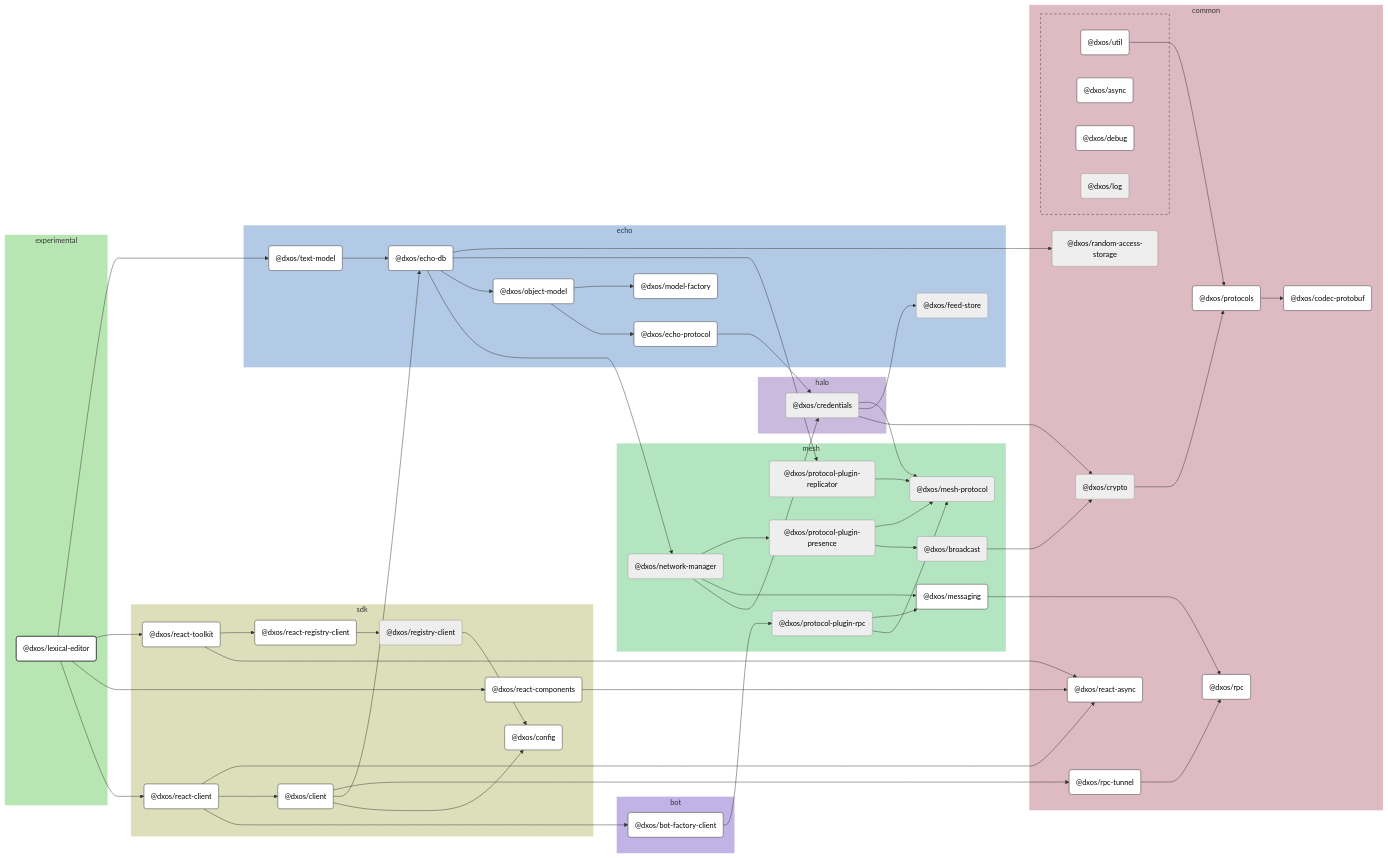
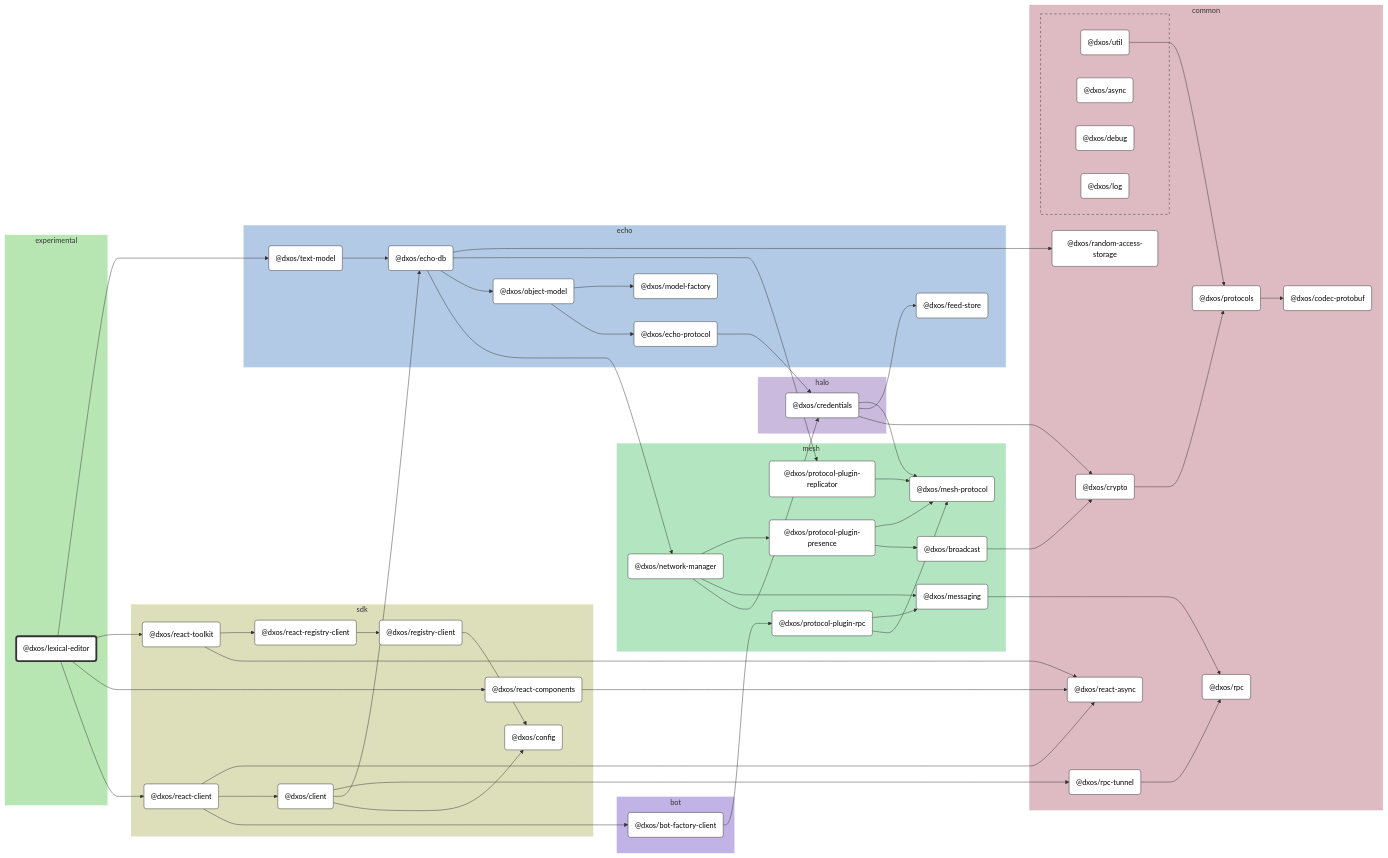
The diagram in apps/experimental/lexical-editor/docs/README.md (dxos/dxos), drawn with Mermaid (neutral theme) before and after one commit. The commit also changed other lines of this file and 86 other files, not shown here.

```diff
--- a/apps/experimental/lexical-editor/docs/README.md
+++ b/apps/experimental/lexical-editor/docs/README.md
@@ -131,28 +131,40 @@
 %% Hyperlinks
 click dxos/async "dxos/dxos/tree/main/packages/common/async/docs";
 click dxos/bot-factory-client "dxos/dxos/tree/main/packages/bot/bot-factory-client/docs";
+click dxos/broadcast "dxos/dxos/tree/main/packages/mesh/broadcast/docs";
 click dxos/client "dxos/dxos/tree/main/packages/sdk/client/docs";
 click dxos/codec-protobuf "dxos/dxos/tree/main/packages/common/codec-protobuf/docs";
 click dxos/config "dxos/dxos/tree/main/packages/sdk/config/docs";
+click dxos/credentials "dxos/dxos/tree/main/packages/halo/credentials/docs";
+click dxos/crypto "dxos/dxos/tree/main/packages/common/crypto/docs";
 click dxos/debug "dxos/dxos/tree/main/packages/common/debug/docs";
 click dxos/echo-db "dxos/dxos/tree/main/packages/echo/echo-db/docs";
 click dxos/echo-protocol "dxos/dxos/tree/main/packages/echo/echo-protocol/docs";
+click dxos/feed-store "dxos/dxos/tree/main/packages/echo/feed-store/docs";
+click dxos/log "dxos/dxos/tree/main/packages/common/log/docs";
+click dxos/mesh-protocol "dxos/dxos/tree/main/packages/mesh/mesh-protocol/docs";
 click dxos/messaging "dxos/dxos/tree/main/packages/mesh/messaging/docs";
 click dxos/model-factory "dxos/dxos/tree/main/packages/echo/model-factory/docs";
+click dxos/network-manager "dxos/dxos/tree/main/packages/mesh/network-manager/docs";
 click dxos/object-model "dxos/dxos/tree/main/packages/echo/object-model/docs";
+click dxos/protocol-plugin-presence "dxos/dxos/tree/main/packages/mesh/protocol-plugin-presence/docs";
+click dxos/protocol-plugin-replicator "dxos/dxos/tree/main/packages/mesh/protocol-plugin-replicator/docs";
+click dxos/protocol-plugin-rpc "dxos/dxos/tree/main/packages/mesh/protocol-plugin-rpc/docs";
 click dxos/protocols "dxos/dxos/tree/main/packages/common/protocols/docs";
+click dxos/random-access-storage "dxos/dxos/tree/main/packages/common/random-access-storage/docs";
 click dxos/react-async "dxos/dxos/tree/main/packages/common/react-async/docs";
 click dxos/react-client "dxos/dxos/tree/main/packages/sdk/react-client/docs";
 click dxos/react-components "dxos/dxos/tree/main/packages/sdk/react-components/docs";
 click dxos/react-registry-client "dxos/dxos/tree/main/packages/sdk/react-registry-client/docs";
 click dxos/react-toolkit "dxos/dxos/tree/main/packages/sdk/react-toolkit/docs";
+click dxos/registry-client "dxos/dxos/tree/main/packages/sdk/registry-client/docs";
 click dxos/rpc "dxos/dxos/tree/main/packages/common/rpc/docs";
 click dxos/rpc-tunnel "dxos/dxos/tree/main/packages/common/rpc-tunnel/docs";
 click dxos/text-model "dxos/dxos/tree/main/packages/echo/text-model/docs";
 click dxos/util "dxos/dxos/tree/main/packages/common/util/docs";
 
 %% Styles
-classDef rootNode fill:#fff,stroke:#333,stroke-width:2px
+classDef rootNode fill:#fff,stroke:#333,stroke-width:4px
 classDef defaultNode fill:#fff,stroke:#333,stroke-width:1px
 linkStyle default stroke:#333,stroke-width:1px
 
@@ -160,21 +172,33 @@
 
 dxos/async:::defaultNode
 dxos/bot-factory-client:::defaultNode
+dxos/broadcast:::defaultNode
 dxos/client:::defaultNode
 dxos/codec-protobuf:::defaultNode
 dxos/config:::defaultNode
+dxos/credentials:::defaultNode
+dxos/crypto:::defaultNode
 dxos/debug:::defaultNode
 dxos/echo-db:::defaultNode
 dxos/echo-protocol:::defaultNode
+dxos/feed-store:::defaultNode
+dxos/log:::defaultNode
+dxos/mesh-protocol:::defaultNode
 dxos/messaging:::defaultNode
 dxos/model-factory:::defaultNode
+dxos/network-manager:::defaultNode
 dxos/object-model:::defaultNode
+dxos/protocol-plugin-presence:::defaultNode
+dxos/protocol-plugin-replicator:::defaultNode
+dxos/protocol-plugin-rpc:::defaultNode
 dxos/protocols:::defaultNode
+dxos/random-access-storage:::defaultNode
 dxos/react-async:::defaultNode
 dxos/react-client:::defaultNode
 dxos/react-components:::defaultNode
 dxos/react-registry-client:::defaultNode
 dxos/react-toolkit:::defaultNode
+dxos/registry-client:::defaultNode
 dxos/rpc:::defaultNode
 dxos/rpc-tunnel:::defaultNode
 dxos/text-model:::defaultNode
```
